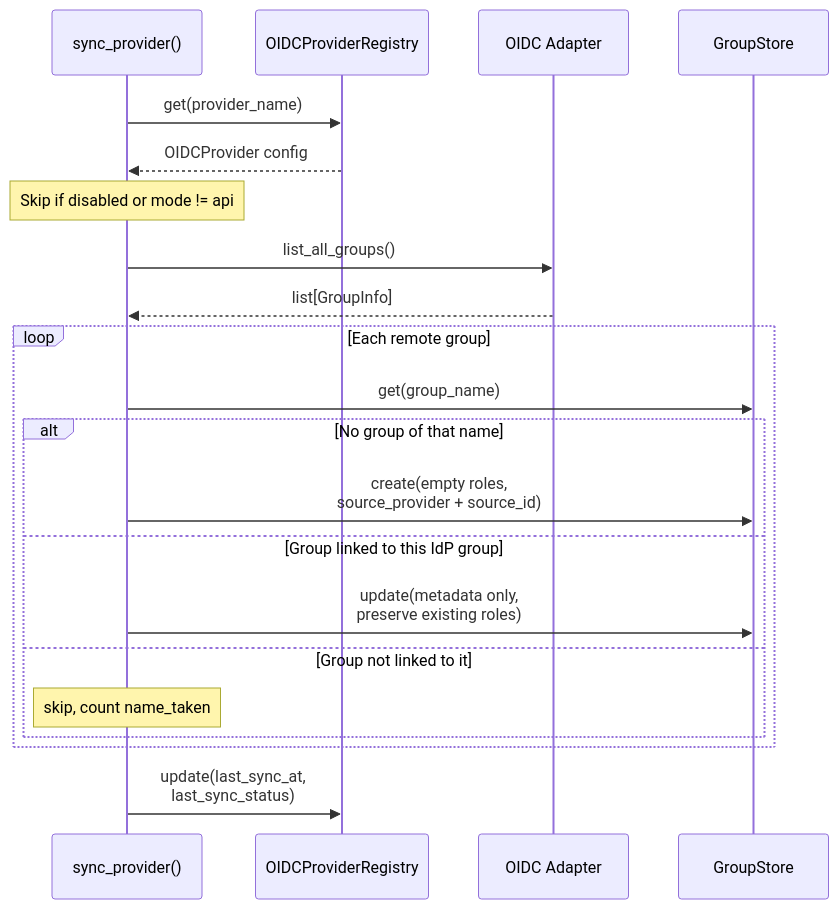
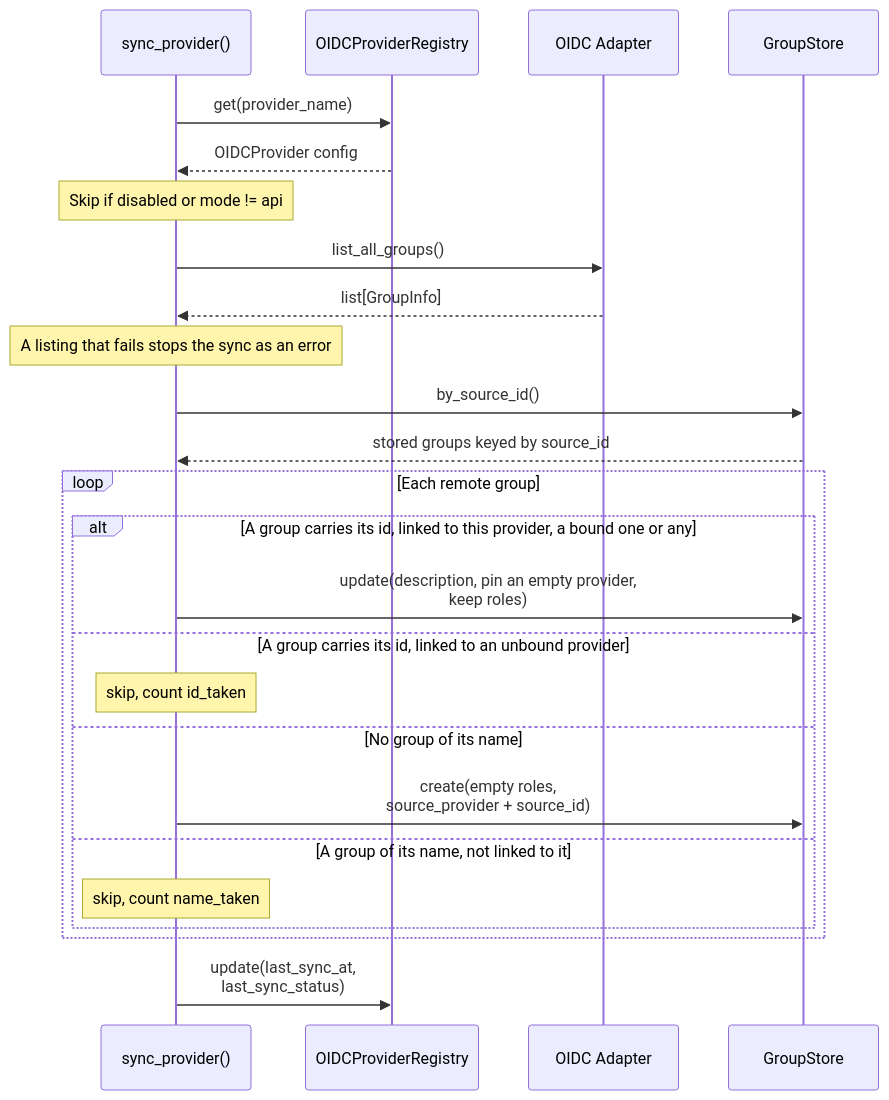
The seventh of 10 diagrams in docs/control-plane/rbac.md (hyperi-io/dfe-engine), drawn with Mermaid before and after one commit. The commit also changed other lines of this file and 47 other files, not shown here.

First line of the commit message:
fix: let the groups API set a group's IdP link

````diff
--- a/docs/control-plane/rbac.md
+++ b/docs/control-plane/rbac.md
@@ -584,27 +584,32 @@
 ```mermaid
 sequenceDiagram
     participant Sync as sync_provider()
     participant Reg as OIDCProviderRegistry
     participant Adapter as OIDC Adapter
     participant GS as GroupStore
 
     Sync->>Reg: get(provider_name)
     Reg-->>Sync: OIDCProvider config
     Note over Sync: Skip if disabled or mode != api
 
     Sync->>Adapter: list_all_groups()
     Adapter-->>Sync: list[GroupInfo]
+    Note over Sync: A listing that fails stops the sync as an error
+
+    Sync->>GS: by_source_id()
+    GS-->>Sync: stored groups keyed by source_id
 
     loop Each remote group
-        Sync->>GS: get(group_name)
-        alt No group of that name
+        alt A group carries its id, linked to this provider, a bound one or any
+            Sync->>GS: update(description, pin an empty provider,<br/>keep roles)
+        else A group carries its id, linked to an unbound provider
+            Note over Sync: skip, count id_taken
+        else No group of its name
             Sync->>GS: create(empty roles,<br/>source_provider + source_id)
-        else Group linked to this IdP group
-            Sync->>GS: update(metadata only,<br/>preserve existing roles)
-        else Group not linked to it
+        else A group of its name, not linked to it
             Note over Sync: skip, count name_taken
         end
     end
 
     Sync->>Reg: update(last_sync_at,<br/>last_sync_status)
 ```
````
